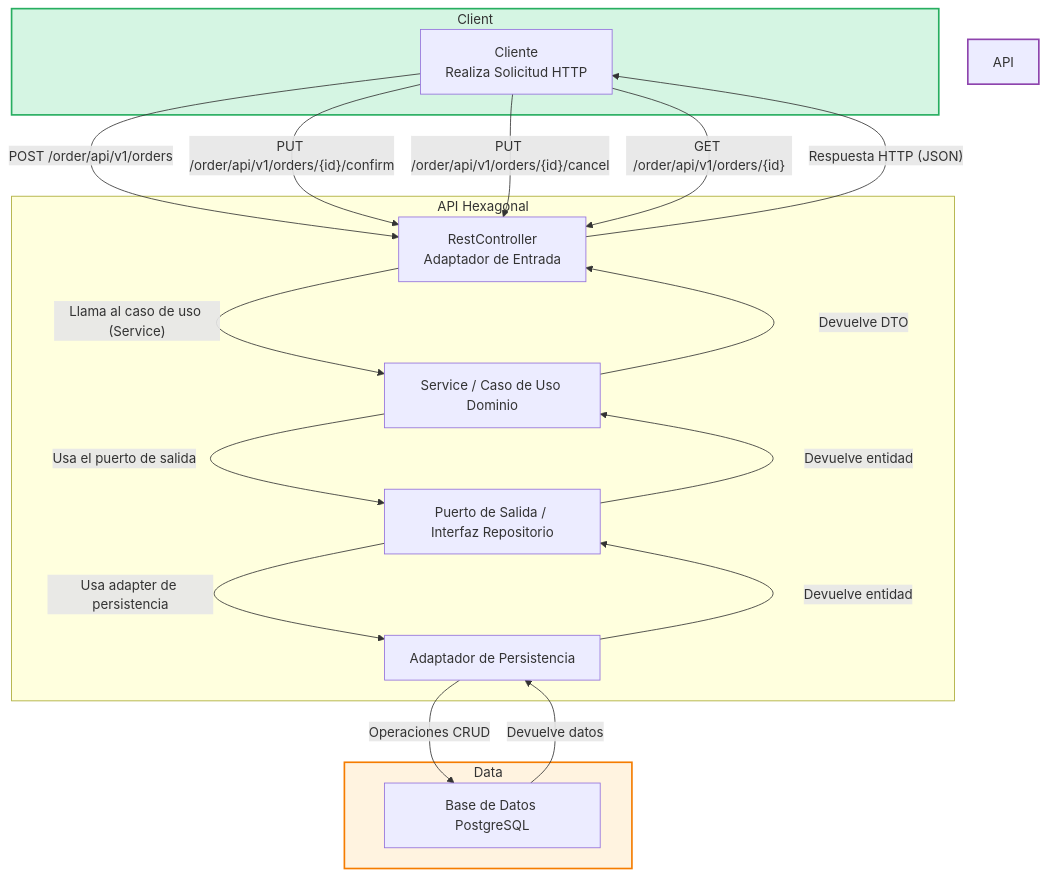
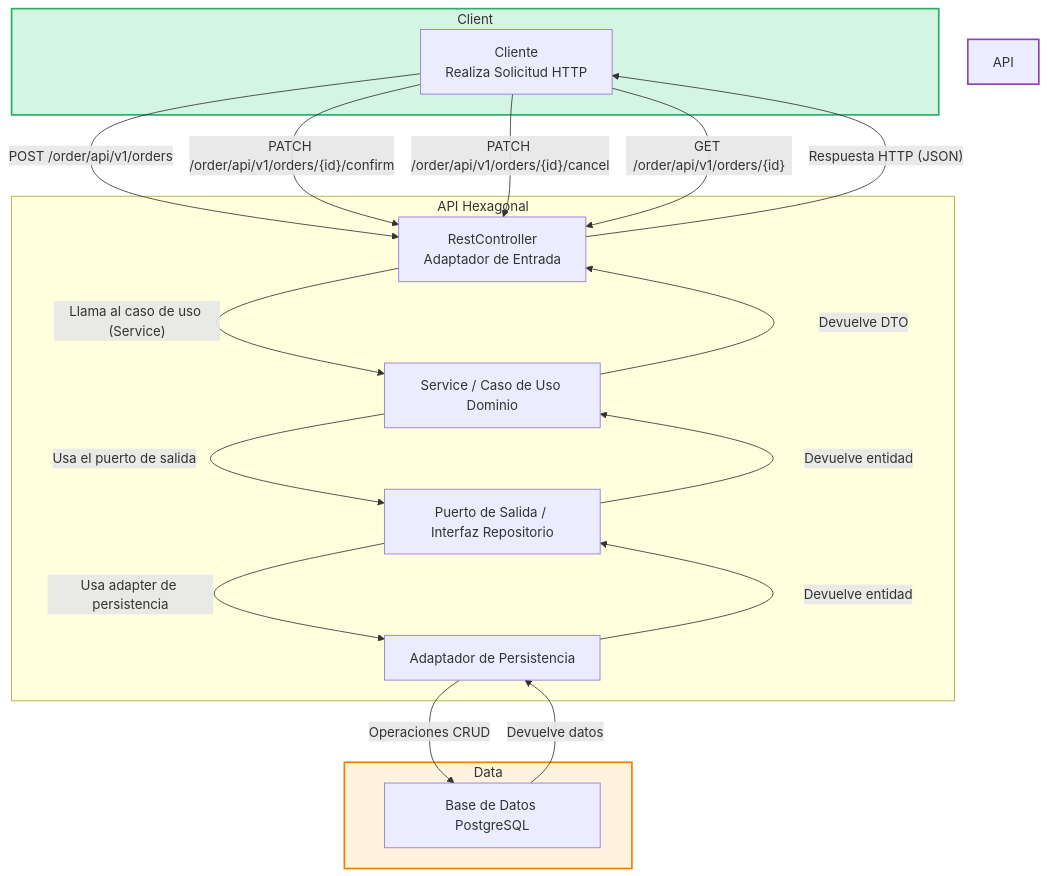
Before and after one commit to saulolo/order-manager: the diagram in README.md, drawn with Mermaid. The commit also changed other lines of this file, not shown here.

Commit message:
📝(docs): Update README with architectural clarifications, endpoint corrections, and expanded Lombok usage notes

````diff
--- a/README.md
+++ b/README.md
@@ -249,34 +254,34 @@
 ```mermaid
 graph TD
     subgraph Client
         User[Cliente<br>Realiza Solicitud HTTP]
     end
 
     subgraph API Hexagonal
         RestController[RestController<br>Adaptador de Entrada]
         UseCase[Service / Caso de Uso Dominio]
         OutPort[Puerto de Salida / Interfaz Repositorio]
         DbAdapter[Adaptador de Persistencia]
     end
 
     subgraph Data
         PostgresDB[Base de Datos PostgreSQL]
     end
 
     style Client fill: #D5F5E3, stroke: #27AE60, stroke-width: 2px;
     style API Hexagonal fill: #E8DAEF, stroke: #8E44AD, stroke-width: 2px;
     style Data fill: #FFF3E0, stroke: #F57C00, stroke-width: 2px;
     User -- " POST /order/api/v1/orders " --> RestController
-    User -- " PUT /order/api/v1/orders/{id}/confirm " --> RestController
-    User -- " PUT /order/api/v1/orders/{id}/cancel " --> RestController
+    User -- " PATCH /order/api/v1/orders/{id}/confirm " --> RestController
+    User -- " PATCH /order/api/v1/orders/{id}/cancel " --> RestController
     User -- " GET /order/api/v1/orders/{id} " --> RestController
     RestController -- " Llama al caso de uso (Service) " --> UseCase
     UseCase -- " Usa el puerto de salida " --> OutPort
     OutPort -- " Usa adapter de persistencia " --> DbAdapter
     DbAdapter -- " Operaciones CRUD " --> PostgresDB
     PostgresDB -- " Devuelve datos " --> DbAdapter
     DbAdapter -- " Devuelve entidad " --> OutPort
     OutPort -- " Devuelve entidad " --> UseCase
     UseCase -- " Devuelve DTO " --> RestController
     RestController -- " Respuesta HTTP (JSON) " --> User
 ```
````
